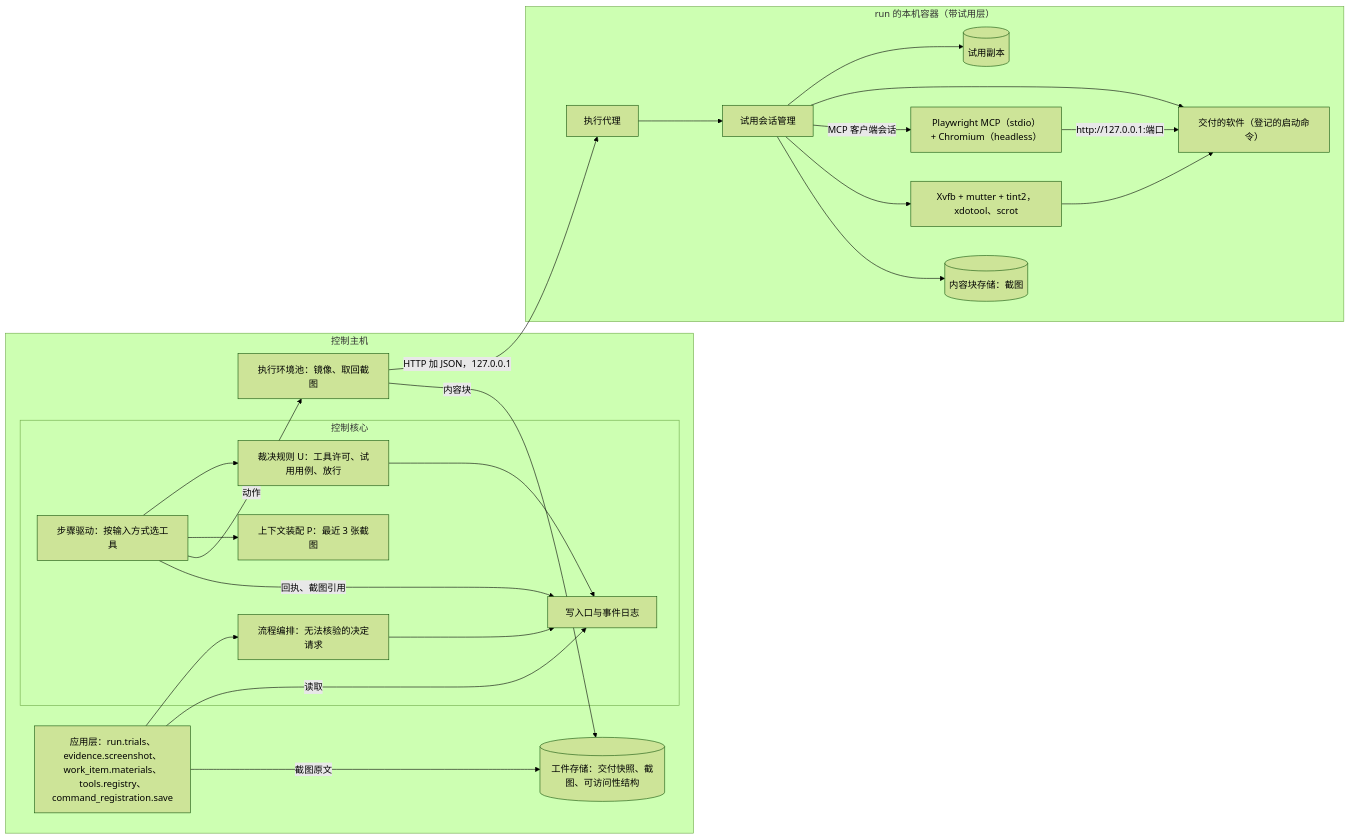
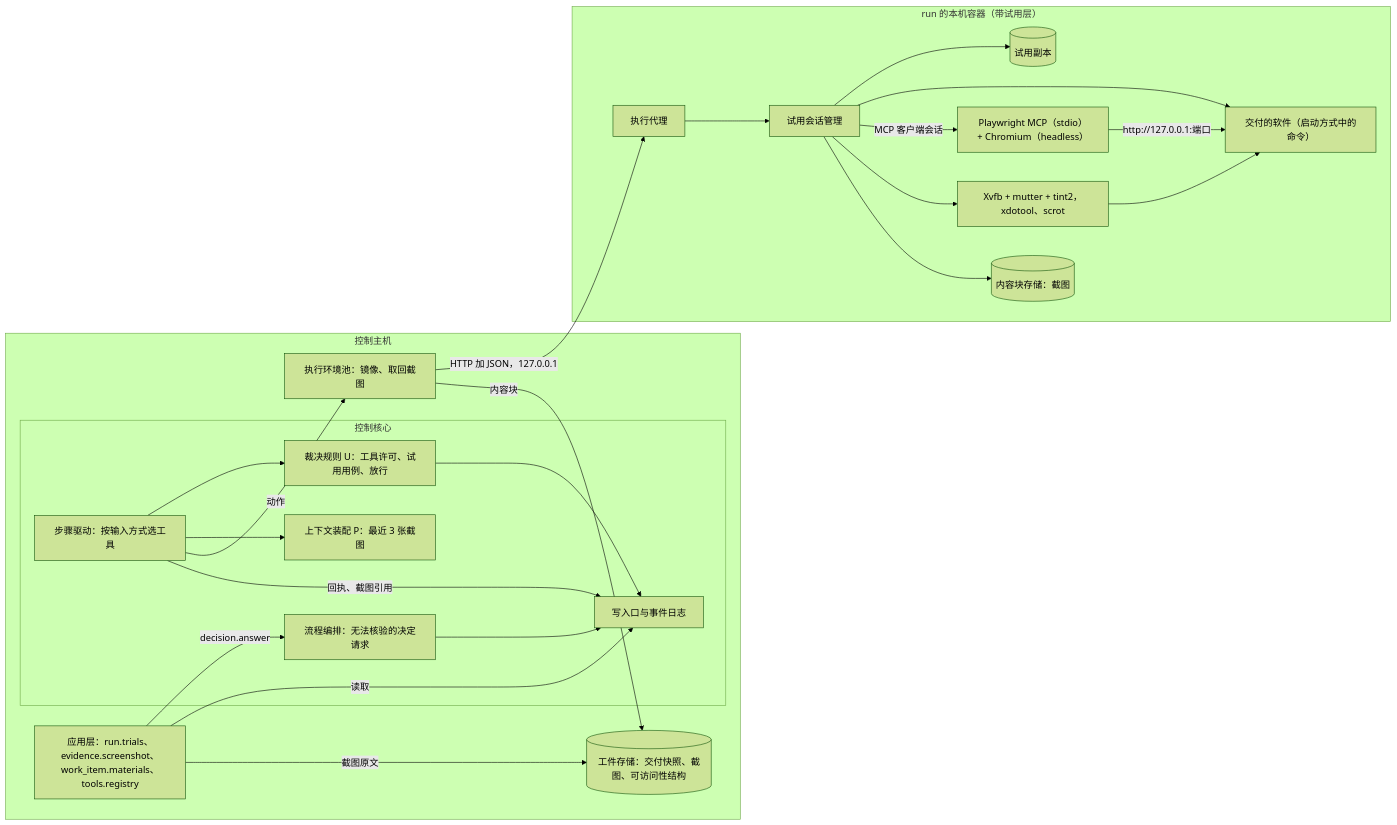
The second of 5 diagrams in docs/design/browser-and-computer-use.md (bender2333/yudao), drawn with Mermaid (forest theme) before and after one commit. The commit also changed other lines of this file and 17 other files, not shown here.

````diff
--- a/docs/design/browser-and-computer-use.md
+++ b/docs/design/browser-and-computer-use.md
@@ -61,43 +61,43 @@
 ```mermaid
 flowchart LR
   subgraph Host["控制主机"]
-    App["应用层：run.trials、evidence.screenshot、work_item.materials、tools.registry、command_registration.save"]
+    App["应用层：run.trials、evidence.screenshot、work_item.materials、tools.registry"]
     subgraph Core["控制核心"]
       Step["步骤驱动：按输入方式选工具"]
       P["上下文装配 P：最近 3 张截图"]
       U["裁决规则 U：工具许可、试用用例、放行"]
       Orch["流程编排：无法核验的决定请求"]
       Write["写入口与事件日志"]
     end
     Pool["执行环境池：镜像、取回截图"]
     Art[("工件存储：交付快照、截图、可访问性结构")]
   end
   subgraph Box["run 的本机容器（带试用层）"]
     Agent["执行代理"]
     Sess["试用会话管理"]
     Copy[("试用副本")]
-    AppUT["交付的软件（登记的启动命令）"]
+    AppUT["交付的软件（启动方式中的命令）"]
     MCP["Playwright MCP（stdio）+ Chromium（headless）"]
     Screen["Xvfb + mutter + tint2，xdotool、scrot"]
     Blobs[("内容块存储：截图")]
   end
-  App --> Orch
+  App -->|"decision.answer"| Orch
   App -->|"读取"| Write
   App -->|"截图原文"| Art
   Step --> U
   Step --> P
   Step -->|"动作"| Pool
   Pool -->|"HTTP 加 JSON，127.0.0.1"| Agent
   Pool -->|"内容块"| Art
   Agent --> Sess
   Sess --> Copy
   Sess --> AppUT
   Sess -->|"MCP 客户端会话"| MCP
   Sess --> Screen
   MCP -->|"http://127.0.0.1:端口"| AppUT
   Screen --> AppUT
   Sess --> Blobs
   Step -->|"回执、截图引用"| Write
   U --> Write
   Orch --> Write
 ```
````
